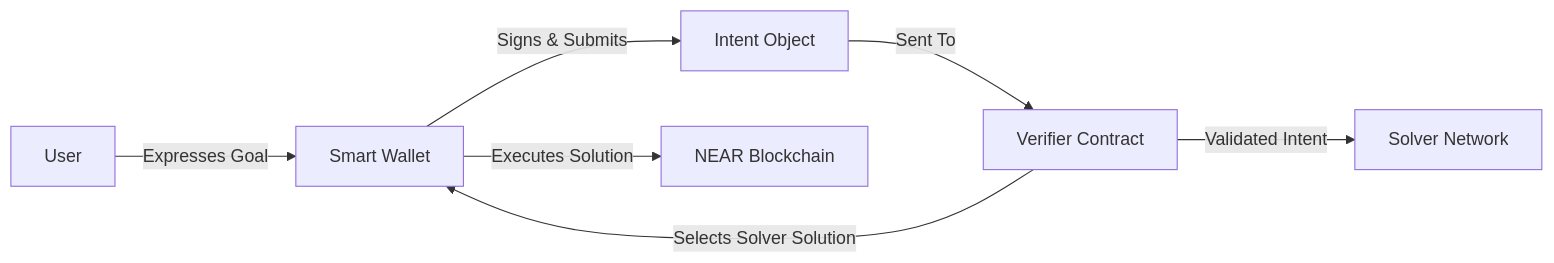
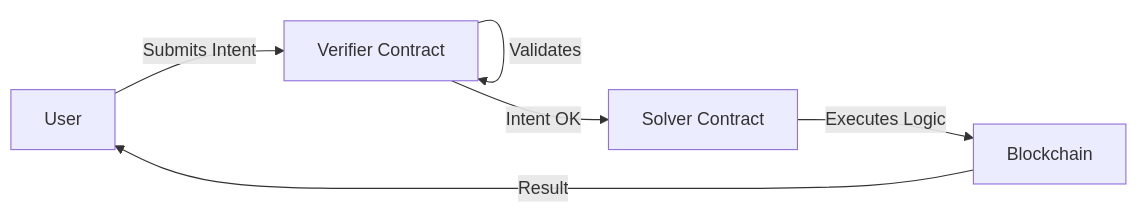
The diagram in src/content/03-building-backend/01-local-contract.md (shaiss/near-intent-workshop), drawn with Mermaid before and after one commit. The commit also changed other lines of this file and 38 other files, not shown here.

````diff
--- a/src/content/03-building-backend/01-local-contract.md
+++ b/src/content/03-building-backend/01-local-contract.md
@@ -17,9 +17,8 @@
 ```mermaid
 graph LR
-    User[User] -->|Expresses Goal| SmartWallet[Smart Wallet]
-    SmartWallet -->|Signs & Submits| Intent[Intent Object]
-    Intent -->|Sent To| Verifier[Verifier Contract]
-    Verifier -- Validated Intent --> Solver[Solver Network]
-    Verifier -->|Selects Solver Solution| SmartWallet
-    SmartWallet -->|Executes Solution| Blockchain[NEAR Blockchain]
+    User -->|Submits Intent| VerifierContract[Verifier Contract]
+    VerifierContract -->|Validates| VerifierContract
+    VerifierContract -- Intent OK --> SolverContract[Solver Contract]
+    SolverContract -->|Executes Logic| Blockchain
+    Blockchain -->|Result| User
 ```
````
